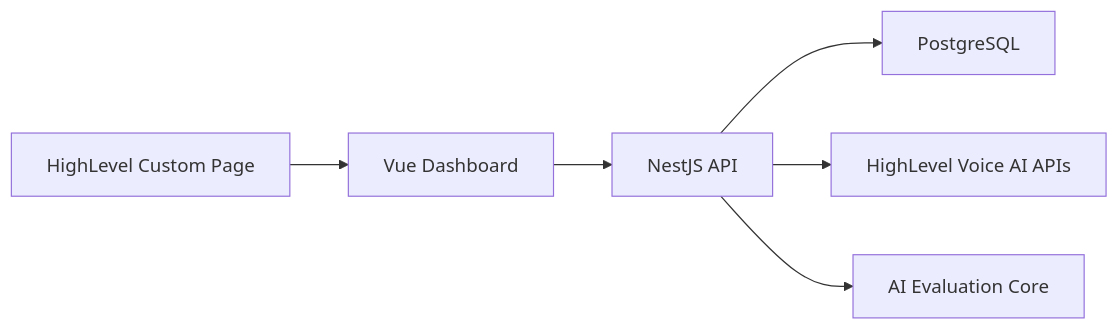
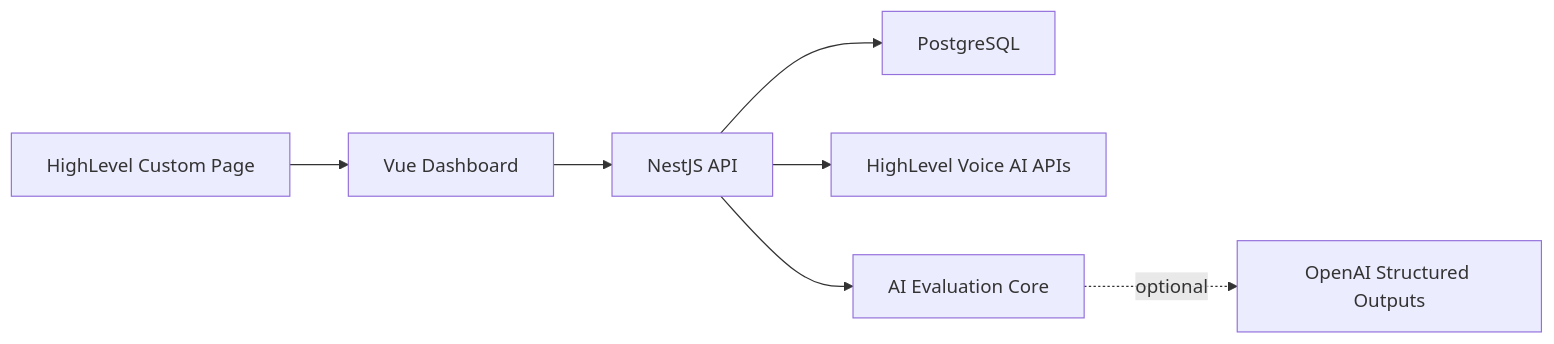
The diagram in docs/architecture/overview.md (chitrank2050/agent-optimizer), drawn with Mermaid before and after one commit. The commit also changed other lines of this file and 16 other files, not shown here.

Commit message:
feat: add optional llm recommendation refinement

````diff
--- a/docs/architecture/overview.md
+++ b/docs/architecture/overview.md
@@ -15,8 +15,9 @@
 ```mermaid
 flowchart LR
   customPage["HighLevel Custom Page"] --> web["Vue Dashboard"]
   web --> api["NestJS API"]
   api --> db["PostgreSQL"]
   api --> ghl["HighLevel Voice AI APIs"]
   api --> ai["AI Evaluation Core"]
+  ai -. optional .-> llm["OpenAI Structured Outputs"]
 ```
````
